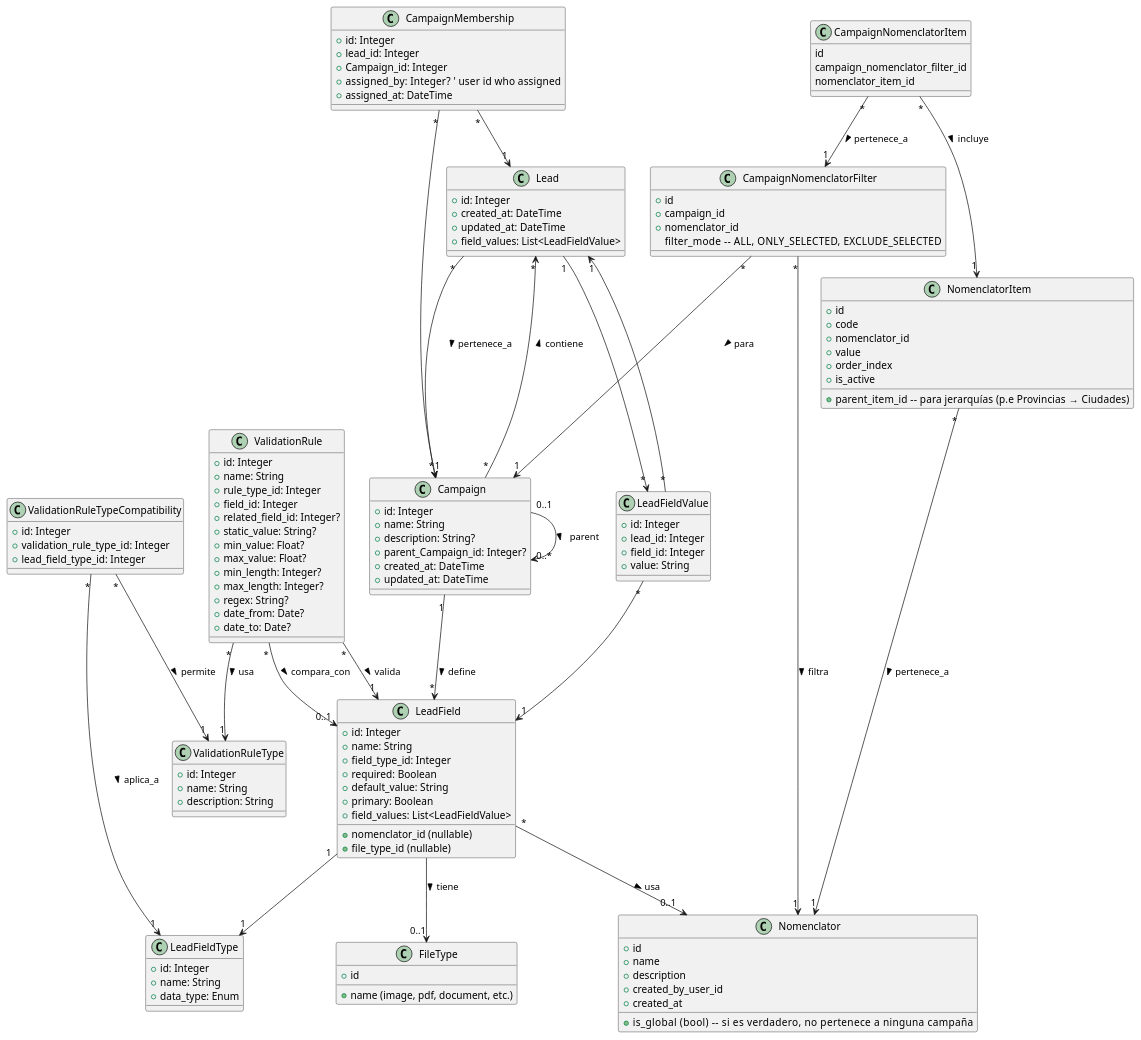
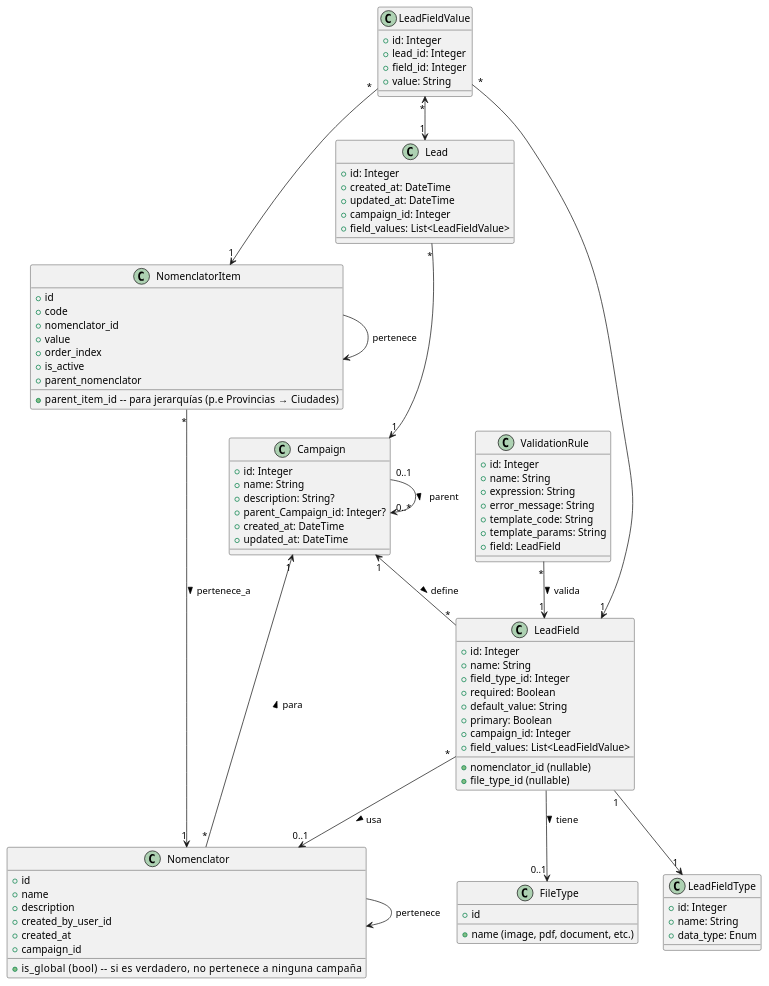
One commit to francoruiz48/crm_project_docs changed the diagram in diagrama_clases.plantuml. Above: the diagram before and after it, drawn with PlantUML.

Commit message:
Refactor UML diagram by removing unused fields
Removed several fields and examples from the ValidationRule and CampaignMembership classes in the UML diagram.

```diff
--- a/diagrama_clases.plantuml
+++ b/diagrama_clases.plantuml
@@ -8,9 +8,8 @@
     +id: Integer
     +created_at: DateTime
     +updated_at: DateTime
+    +campaign_id: Integer
     +field_values: List<LeadFieldValue>
-
-    
 }
 
 /'
@@ -27,6 +26,7 @@
     +required: Boolean
     +default_value: String
     +primary: Boolean
+    +campaign_id: Integer
     +field_values: List<LeadFieldValue>
     +nomenclator_id (nullable)
     +file_type_id (nullable) 
@@ -81,89 +81,29 @@
 class ValidationRule {
     +id: Integer
     +name: String
-    +rule_type_id: Integer
-    +field_id: Integer
-    +related_field_id: Integer?
-    +static_value: String?
-    +min_value: Float?
-    +max_value: Float?
-    +min_length: Integer?
-    +max_length: Integer?
-    +regex: String?
-    +date_from: Date?
-    +date_to: Date?
+    +expression: String
+    +error_message: String
+    +template_code: String
+    +template_params: String
+    +field: LeadField
 }
-
-/'
-    EJEMPLOS DE VALIDACIONES:
-
-    1) Validación entre campos:
-       name = "Fecha desde < Fecha hasta"
-       rule_type_id = 10 (DATE_LESS_THAN_FIELD)
-       field_id = 1 (fecha_desde)
-       related_field_id = 2 (fecha_hasta)
-
-    2) Fecha mayor a hoy:
-       name = "Fecha desde mayor a hoy"
-       rule_type_id = 11 (DATE_GREATER_THAN_TODAY)
-       field_id = 1
-       static_value = null
-
-    3) Número mínimo:
-       name = "Monto total mínimo"
-       rule_type_id = 3 (NUMBER_MIN)
-       field_id = 3 (monto_total)
-       min_value = 100.00
-
-    4) Texto con longitud mínima:
-       name = "Descripción longitud mínima"
-       rule_type_id = 20 (STRING_MIN_LENGTH)
-       field_id = 4 (descripcion)
-       min_length = 10
-
-    5) Regex:
-       name = "Formato DNI"
-       rule_type_id = 30 (STRING_REGEX)
-       field_id = 5 (dni)
-       regex = "^[0-9]{8}$"
-'/
-
-class ValidationRuleType {
-    +id: Integer
-    +name: String
-    +description: String
-
-}
-
 /'
     Ejemplos:
+    id=1
+    name="Fecha Desde Antes de Fecha Hasta"
+    expression="value < fields[2]"
+    error_message="La fecha 'Desde' debe ser anterior a la fecha 'Hasta'."
+    template_code= null
+    template_params=null
+    field: LeadField(id=1, name="fecha_desde")
 
-    (id=1) NUMBER_MIN              → El valor debe ser >= min_value
-    (id=2) NUMBER_MAX              → El valor debe ser <= max_value
-    (id=10) DATE_LESS_THAN_FIELD   → field < related_field
-    (id=11) DATE_GREATER_THAN_TODAY→ field > current_date
-    (id=20) STRING_MIN_LENGTH      → length(field) >= min_length
-    (id=21) STRING_MAX_LENGTH      → length(field) <= max_length
-    (id=30) STRING_REGEX           → field must match regex
-    (id=40) REQUIRED_IF_FIELD_EQUALS → Si otro campo vale X este campo es obligatorio
+    id=2
+    name="Monto Total Positivo"
+    expression="value > 0"
+    error_message="El monto total debe ser un valor positivo."
+    template_code= "MIN_NUMBER"
+    template_params={"min":0}
 '/
-
-class ValidationRuleTypeCompatibility {
-    +id: Integer
-    +validation_rule_type_id: Integer
-    +lead_field_type_id: Integer
-}
-
-/'
-    Ejemplos:
-
-    id:1
-    validation_rule_type_id:1 (NUMBER_MIN)
-    lead_field_type_id:3 (Número)
-
-'/
-
-
 '==========================
 ' GRUPOS / SEGMENTOS
 '==========================
@@ -196,22 +136,6 @@
 
 '/
 
-class CampaignMembership {
-    +id: Integer
-    +lead_id: Integer
-    +Campaign_id: Integer
-    +assigned_by: Integer?   ' user id who assigned
-    +assigned_at: DateTime
-}
-
-/'
-    Ejemplos:
-    id:1
-    lead_id:15
-    Campaign_id:1
-    assigned_by: 3
-    assigned_at: "2024-06-15 14:30:00"
-'/
 
 '==========================================================
 '                          NOMENCLADORES
@@ -224,6 +148,7 @@
     +is_global (bool)         -- si es verdadero, no pertenece a ninguna campaña
     +created_by_user_id
     +created_at
+    +campaign_id
 }
 /'
     Ejemplos:
@@ -251,6 +176,7 @@
     +parent_item_id    -- para jerarquías (p.e Provincias → Ciudades)
     +order_index
     +is_active
+    +parent_nomenclator
 }
 
 /'
@@ -273,66 +199,22 @@
     is_active: true
 '/
 
-class CampaignNomenclatorFilter{
-    +id
-    +campaign_id
-    +nomenclator_id
-    filter_mode     -- ALL, ONLY_SELECTED, EXCLUDE_SELECTED
-}
-
-/'
-    Ejemplos:
-    id:1
-    campaign_id: 1 (Expo Educativa 2024)
-    nomenclator_id: 1 (Países)
-    filter_mode: "ONLY_SELECTED"
-
-    Ejemplos:
-    id:2
-    campaign_id: 1 (Expo Educativa 2024)
-    nomenclator_id: 2 (Provincias)
-    filter_mode: "EXCLUDE_SELECTED"
-'/
-
-class CampaignNomenclatorItem{
-    id
-    campaign_nomenclator_filter_id
-    nomenclator_item_id
-}
-
-/'
-    Ejemplos:
-    id:1
-    campaign_nomenclator_filter_id: 1
-    nomenclator_item_id: 1 (Argentina)
-'/
-
 '==========================================================
 '                          RELACIONES
 '==========================================================
 
-Lead "1" --> "*" LeadFieldValue
-LeadFieldValue "*" --> "1" Lead
+LeadFieldValue "*" <--> "1" Lead
 LeadFieldValue "*" --> "1" LeadField
 LeadField "1" --> "1" LeadFieldType
 LeadField --> "0..1" FileType : tiene >
+LeadFieldValue "*" --> "1" NomenclatorItem
 
 ' ValidationRule relations
-ValidationRule "*" --> "1" ValidationRuleType : usa >
 ValidationRule "*" --> "1" LeadField : valida >
-ValidationRule "*" --> "0..1" LeadField : compara_con >
-
-ValidationRuleTypeCompatibility "*" --> "1" ValidationRuleType : permite >
-ValidationRuleTypeCompatibility "*" --> "1" LeadFieldType : aplica_a >
-
-' Lead <-> Campaign (many-to-many via membership)
-Lead "*" --> "*" Campaign : pertenece_a >
-Campaign "*" --> "*" Lead : contiene >
 
 ' explicit membership class relations
-CampaignMembership "*" --> "1" Lead
-CampaignMembership "*" --> "1" Campaign
-Campaign "1" --> "*" LeadField : define >
+Lead "*" --> "1" Campaign
+Campaign "1" <-- "*" LeadField : define >
 
 ' Campaign hierarchy (self-reference)
 Campaign "0..1" --> "0..*" Campaign : parent >
@@ -340,10 +222,9 @@
 ' Nomenclator relations
 LeadField "*" --> "0..1" Nomenclator : usa >
 NomenclatorItem "*" --> "1" Nomenclator : pertenece_a >
-CampaignNomenclatorFilter "*" --> "1" Campaign : para >
-CampaignNomenclatorFilter "*" --> "1" Nomenclator : filtra >
-CampaignNomenclatorItem "*" --> "1" CampaignNomenclatorFilter : pertenece_a >
-CampaignNomenclatorItem "*" --> "1" NomenclatorItem : incluye >
+Nomenclator "*" --> "1" Campaign : para >
+Nomenclator --> Nomenclator : pertenece
+NomenclatorItem --> NomenclatorItem : pertenece
 
 
 @enduml
```
